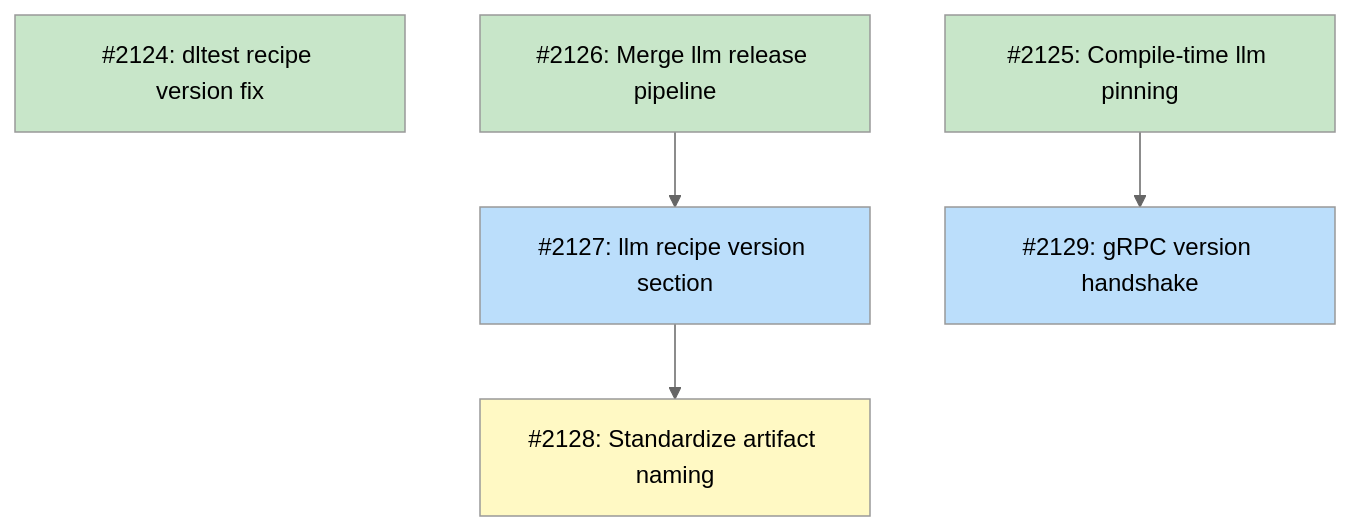
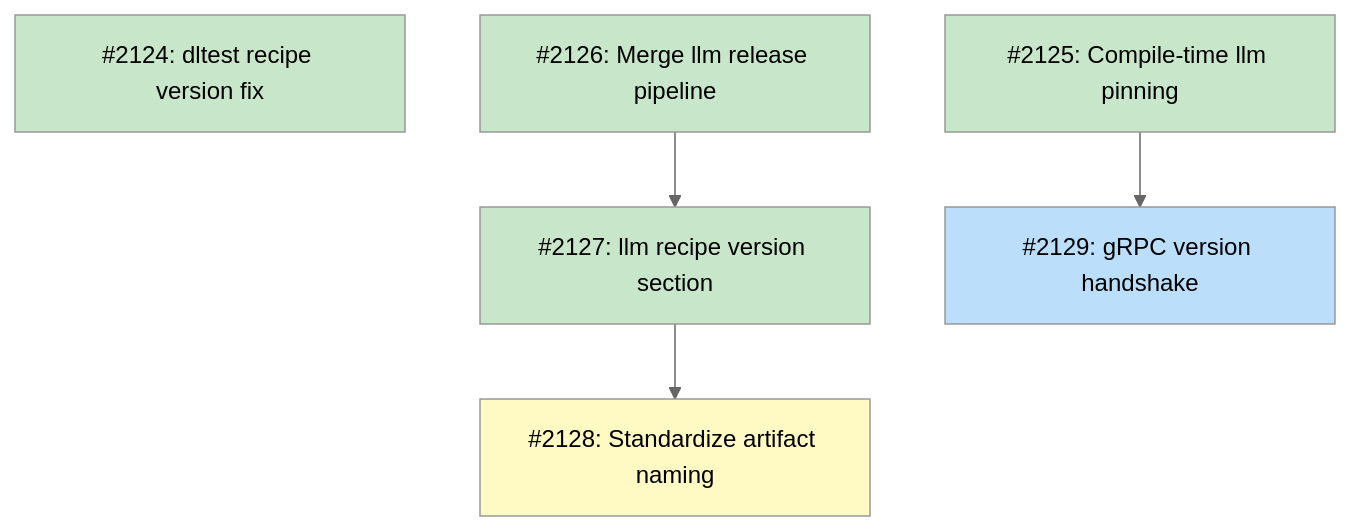
Before and after one commit to tsukumogami/tsuku: the diagram in docs/designs/DESIGN-unified-release-versioning.md, drawn with Mermaid (neutral theme). The commit also changed 1 other file, not shown here.

Commit message:
chore(docs): mark #2127 as done in design and plan diagrams
Update Mermaid dependency diagrams in both the design doc and PLAN doc
to reflect that issue #2127 is complete.

````diff
--- a/docs/designs/DESIGN-unified-release-versioning.md
+++ b/docs/designs/DESIGN-unified-release-versioning.md
@@ -286,21 +286,22 @@
 ```mermaid
 graph TD
     I2124["#2124: dltest recipe version fix"]
     I2125["#2125: Compile-time llm pinning"]
     I2126["#2126: Merge llm release pipeline"]
     I2127["#2127: llm recipe version section"]
     I2128["#2128: Standardize artifact naming"]
     I2129["#2129: gRPC version handshake"]
 
     I2126 --> I2127
     I2127 --> I2128
     I2125 --> I2129
 
     classDef done fill:#c8e6c9
     classDef ready fill:#bbdefb
     classDef blocked fill:#fff9c4
 
     class I2124,I2125,I2126 done
-    class I2127,I2129 ready
+    class I2129 ready
+    class I2127 done
     class I2128 blocked
 ```
````
